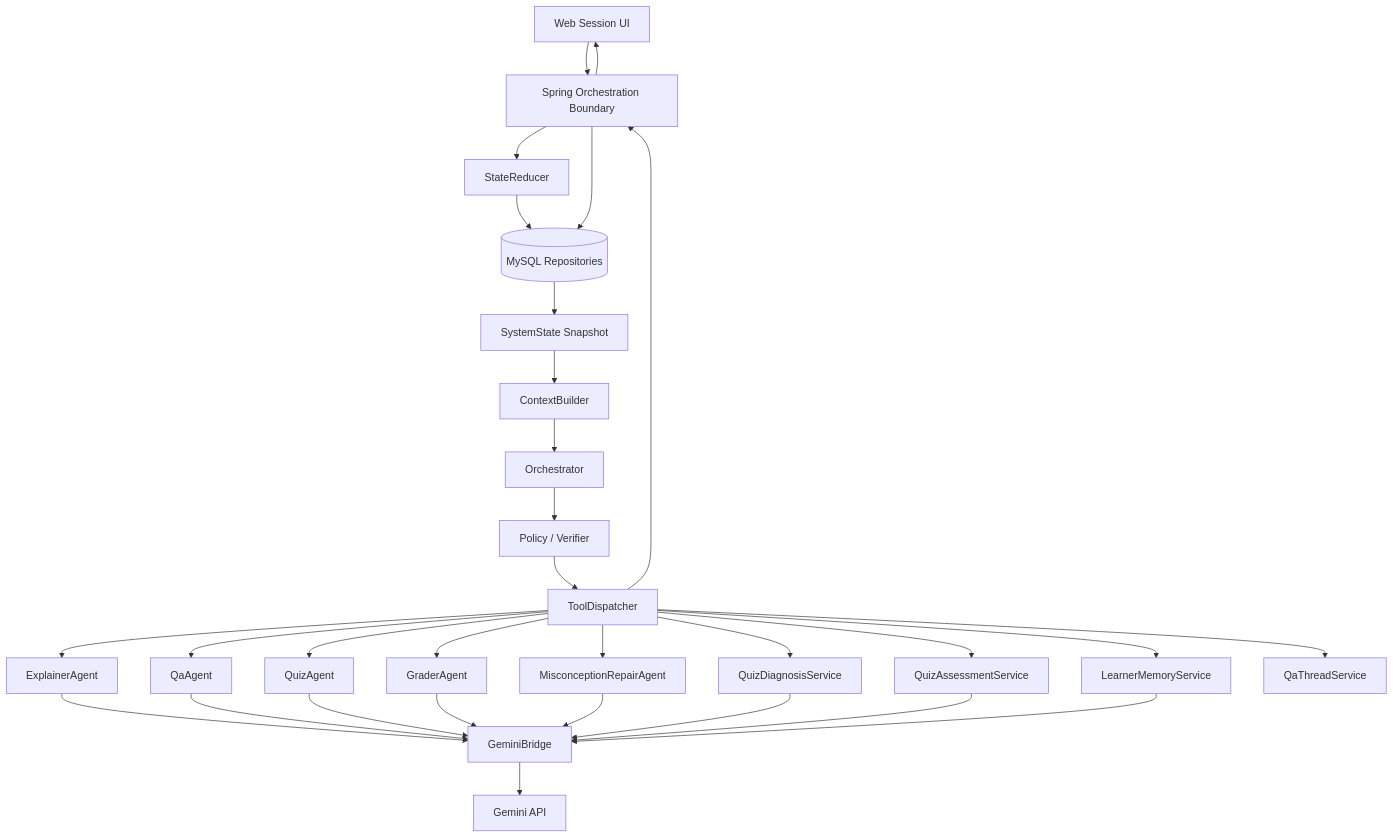
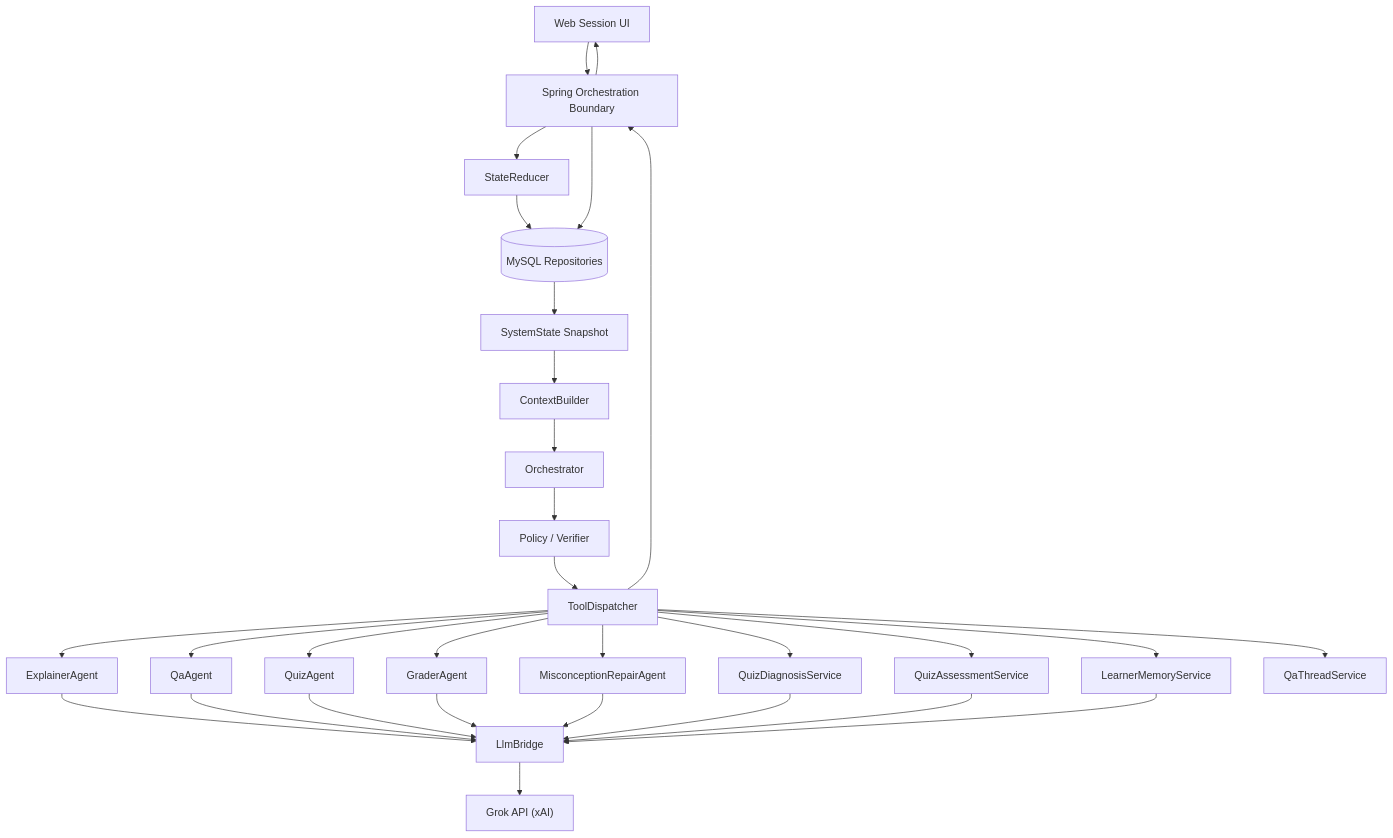
One commit to AutoAI-UTEUM/BE changed the diagram in docs/agent-system-spec.md. Above: the diagram before and after it, drawn with Mermaid. The commit also changed other lines of this file and 20 other files, not shown here.

Commit message:
docs: Grok API 전환 및 Epic 3·4 결정 확정 (DEC-005·006·008·016·024·025)

````diff
--- a/docs/agent-system-spec.md
+++ b/docs/agent-system-spec.md
@@ -24,57 +24,57 @@
 ```mermaid
 flowchart TB
   UI["Web Session UI"]
   SPRING["Spring Orchestration Boundary"]
   REDUCER["StateReducer"]
   STATE["SystemState Snapshot"]
   STORE[("MySQL Repositories")]
   CONTEXT["ContextBuilder"]
   ORCH["Orchestrator"]
   POLICY["Policy / Verifier"]
   DISPATCHER["ToolDispatcher"]
 
   EXPLAINER["ExplainerAgent"]
   QA["QaAgent"]
   QUIZ["QuizAgent"]
   GRADER["GraderAgent"]
   REPAIR["MisconceptionRepairAgent"]
   DIAGNOSIS["QuizDiagnosisService"]
   ASSESSMENT["QuizAssessmentService"]
   MEMORY["LearnerMemoryService"]
   QATHREAD["QaThreadService"]
-  BRIDGE["GeminiBridge"]
-  GEMINI["Gemini API"]
+  BRIDGE["LlmBridge"]
+  GROK["Grok API (xAI)"]
 
   UI --> SPRING
   SPRING --> REDUCER
   REDUCER --> STORE
   STORE --> STATE
   STATE --> CONTEXT
   CONTEXT --> ORCH
   ORCH --> POLICY
   POLICY --> DISPATCHER
 
   DISPATCHER --> EXPLAINER
   DISPATCHER --> QA
   DISPATCHER --> QUIZ
   DISPATCHER --> GRADER
   DISPATCHER --> REPAIR
   DISPATCHER --> DIAGNOSIS
   DISPATCHER --> ASSESSMENT
   DISPATCHER --> MEMORY
   DISPATCHER --> QATHREAD
 
   EXPLAINER --> BRIDGE
   QA --> BRIDGE
   QUIZ --> BRIDGE
   GRADER --> BRIDGE
   REPAIR --> BRIDGE
   DIAGNOSIS --> BRIDGE
   ASSESSMENT --> BRIDGE
   MEMORY --> BRIDGE
-  BRIDGE --> GEMINI
+  BRIDGE --> GROK
 
   DISPATCHER --> SPRING
   SPRING --> STORE
   SPRING --> UI
 ```
````
